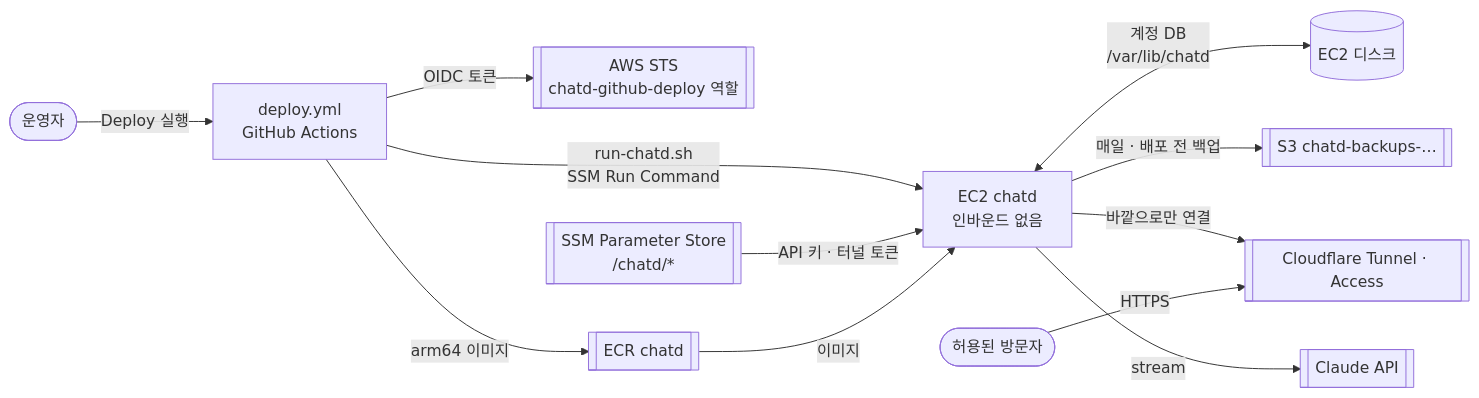
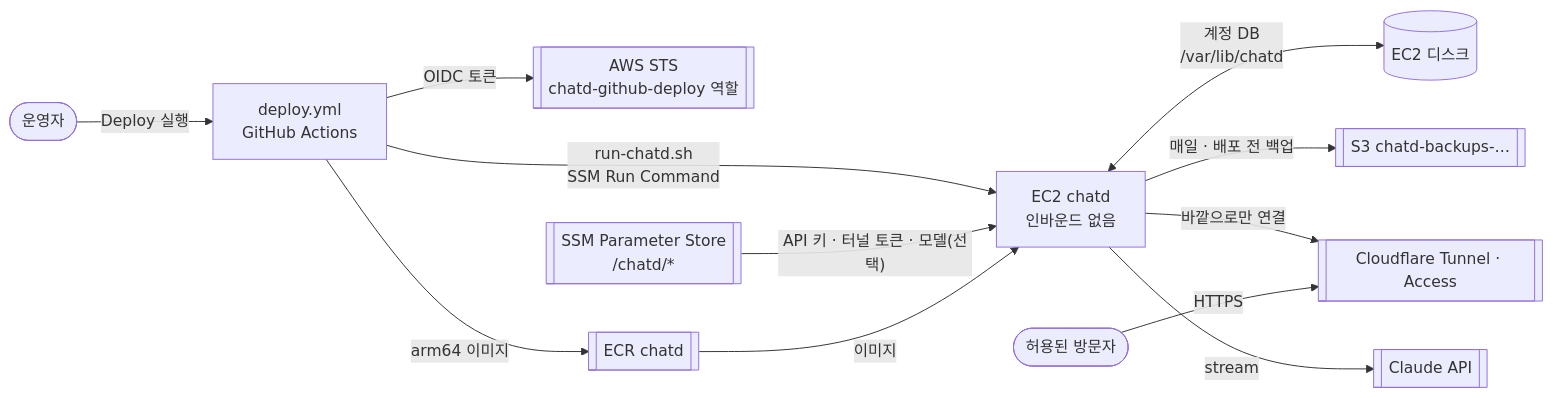
The diagram in deploy/README.md (kimtaesung98/ai-agent-chat-demo), drawn with Mermaid before and after one commit. The commit also changed other lines of this file and 6 other files, not shown here.

````diff
--- a/deploy/README.md
+++ b/deploy/README.md
@@ -30,14 +30,14 @@
 ```mermaid
 flowchart LR
     Operator([운영자]) -->|"Deploy 실행"| GHA["deploy.yml<br>GitHub Actions"]
     GHA -->|"OIDC 토큰"| STS[["AWS STS<br>chatd-github-deploy 역할"]]
     GHA -->|"arm64 이미지"| ECR[["ECR chatd"]]
     GHA -->|"run-chatd.sh<br>SSM Run Command"| EC2["EC2 chatd<br>인바운드 없음"]
-    SSM[["SSM Parameter Store<br>/chatd/*"]] -->|"API 키 · 터널 토큰"| EC2
+    SSM[["SSM Parameter Store<br>/chatd/*"]] -->|"API 키 · 터널 토큰 · 모델(선택)"| EC2
     EC2 <-->|"계정 DB<br>/var/lib/chatd"| Disk[("EC2 디스크")]
     EC2 -->|"매일 · 배포 전 백업"| S3[["S3 chatd-backups-…"]]
     ECR -->|"이미지"| EC2
     EC2 -->|"바깥으로만 연결"| CF[["Cloudflare Tunnel · Access"]]
     User([허용된 방문자]) -->|"HTTPS"| CF
     EC2 -->|"stream"| Claude[[Claude API]]
 ```
````
